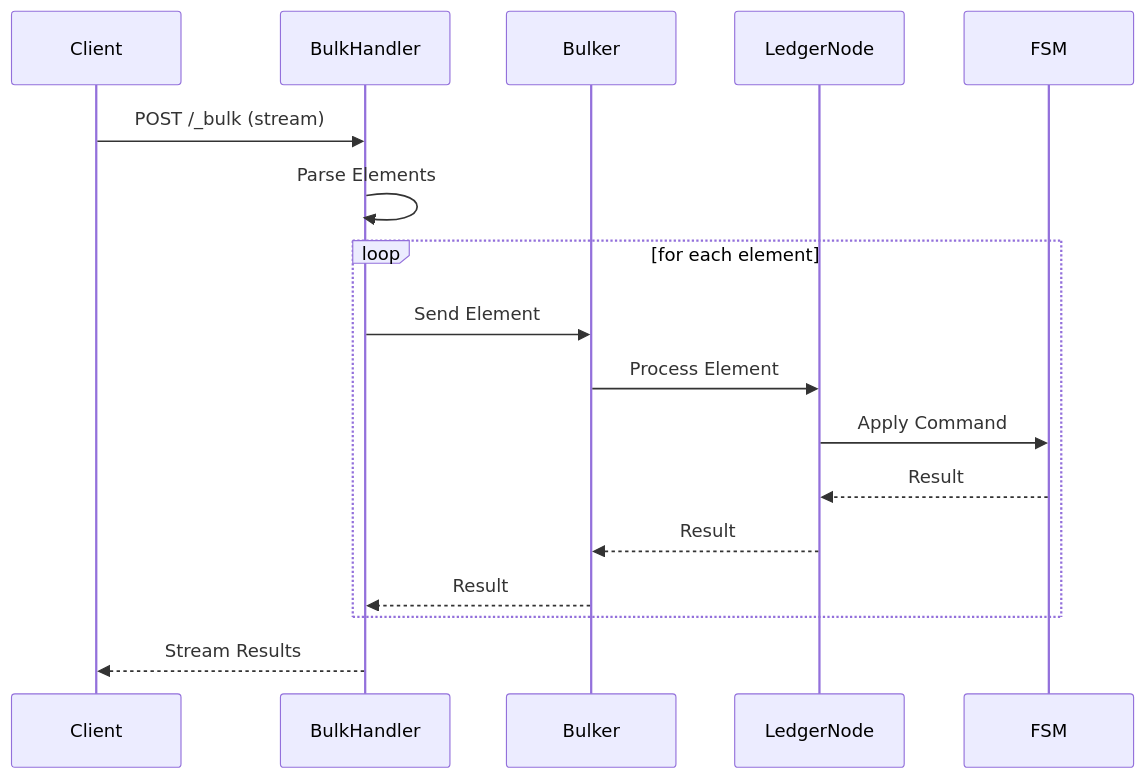
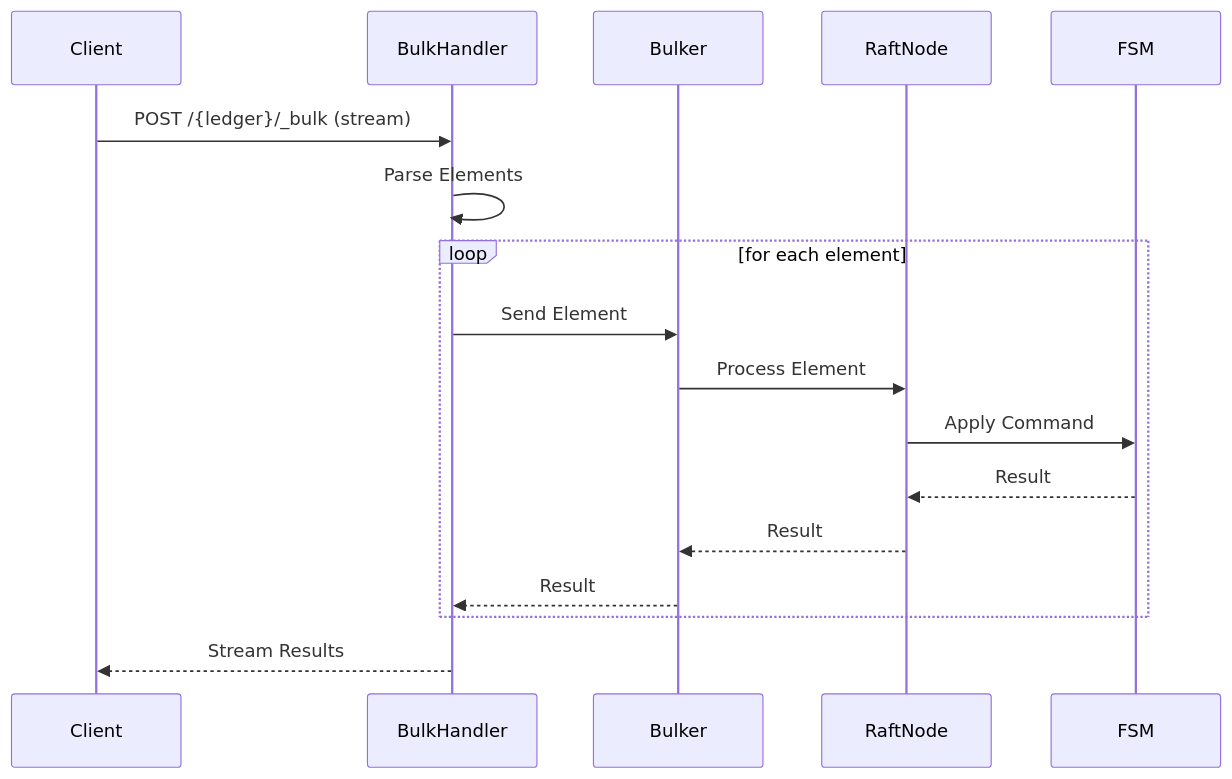
Before and after one commit to formancehq/ledger: the seventh of 7 diagrams in docs/data-flows.md, drawn with Mermaid. The commit also changed other lines of this file and 41 other files, not shown here.

````diff
--- a/docs/data-flows.md
+++ b/docs/data-flows.md
@@ -363,22 +345,22 @@
 ```mermaid
 sequenceDiagram
     participant Client
     participant BulkHandler
     participant Bulker
-    participant LedgerNode
+    participant RaftNode
     participant FSM
     
-    Client->>BulkHandler: POST /_bulk (stream)
+    Client->>BulkHandler: POST /{ledger}/_bulk (stream)
     BulkHandler->>BulkHandler: Parse Elements
     
     loop for each element
         BulkHandler->>Bulker: Send Element
-        Bulker->>LedgerNode: Process Element
-        LedgerNode->>FSM: Apply Command
-        FSM-->>LedgerNode: Result
-        LedgerNode-->>Bulker: Result
+        Bulker->>RaftNode: Process Element
+        RaftNode->>FSM: Apply Command
+        FSM-->>RaftNode: Result
+        RaftNode-->>Bulker: Result
         Bulker-->>BulkHandler: Result
     end
     
     BulkHandler-->>Client: Stream Results
 ```
````
